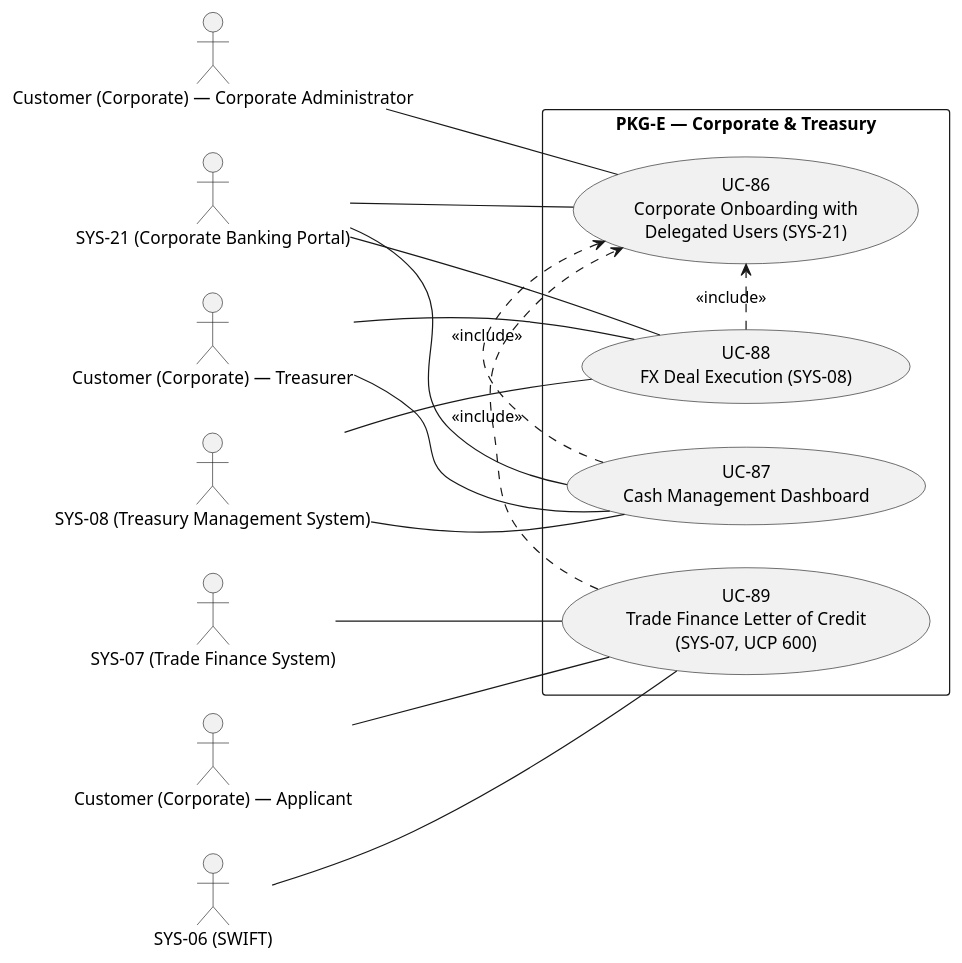
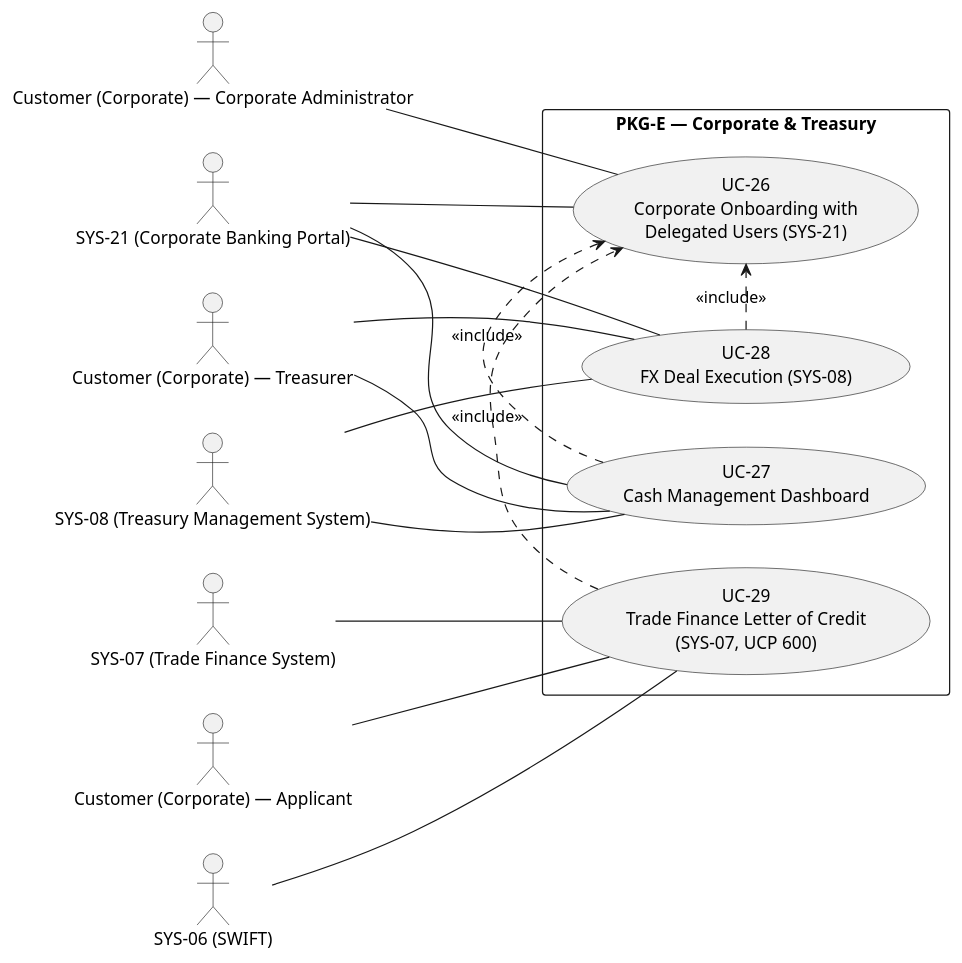
One commit to pauloribeiro16/Methodology_compact changed the sixth of 8 diagrams in 02_CASES/Case_03_OmniBank_Financial/03_PHASE3_DECOMPOSITION/annexes/A_Use_Case_Diagrams.md. Above: the diagram before and after it, drawn with PlantUML. The commit also changed other lines of this file and 23 other files, not shown here.

````diff
--- a/02_CASES/Case_03_OmniBank_Financial/03_PHASE3_DECOMPOSITION/annexes/A_Use_Case_Diagrams.md
+++ b/02_CASES/Case_03_OmniBank_Financial/03_PHASE3_DECOMPOSITION/annexes/A_Use_Case_Diagrams.md
@@ -253,32 +253,32 @@
 ```plantuml
 @startuml
 left to right direction
 actor "Customer (Corporate) — Corporate Administrator" as CADM
 actor "Customer (Corporate) — Treasurer" as TRE
 actor "Customer (Corporate) — Applicant" as APP
 actor "SYS-21 (Corporate Banking Portal)" as SYS21
 actor "SYS-08 (Treasury Management System)" as SYS08
 actor "SYS-07 (Trade Finance System)" as SYS07
 actor "SYS-06 (SWIFT)" as SYS06
 rectangle "PKG-E — Corporate & Treasury" {
-usecase "UC-86\nCorporate Onboarding with\nDelegated Users (SYS-21)" as UC86
-usecase "UC-87\nCash Management Dashboard" as UC87
-usecase "UC-88\nFX Deal Execution (SYS-08)" as UC88
-usecase "UC-89\nTrade Finance Letter of Credit\n(SYS-07, UCP 600)" as UC89
+usecase "UC-26\nCorporate Onboarding with\nDelegated Users (SYS-21)" as UC86
+usecase "UC-27\nCash Management Dashboard" as UC87
+usecase "UC-28\nFX Deal Execution (SYS-08)" as UC88
+usecase "UC-29\nTrade Finance Letter of Credit\n(SYS-07, UCP 600)" as UC89
 }
 CADM -- UC86
 TRE -- UC87
 TRE -- UC88
 APP -- UC89
 SYS21 -- UC86
 SYS21 -- UC87
 SYS21 -- UC88
 SYS08 -- UC87
 SYS08 -- UC88
 SYS07 -- UC89
 SYS06 -- UC89
 UC87 .> UC86 : <<include>>
 UC88 .> UC86 : <<include>>
 UC89 .> UC86 : <<include>>
 @enduml
 ```
````
